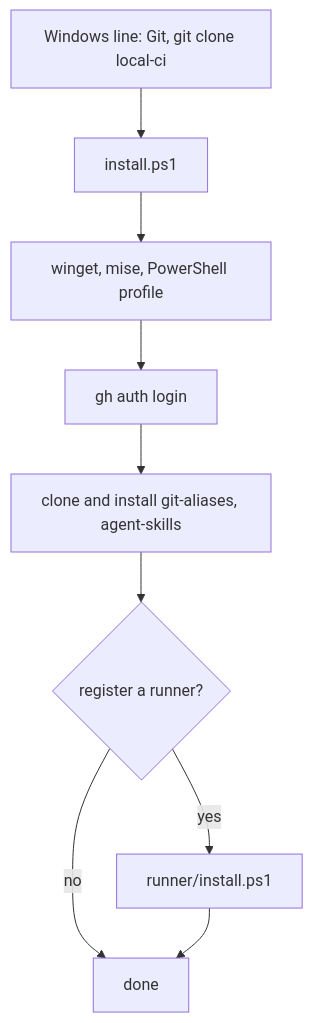
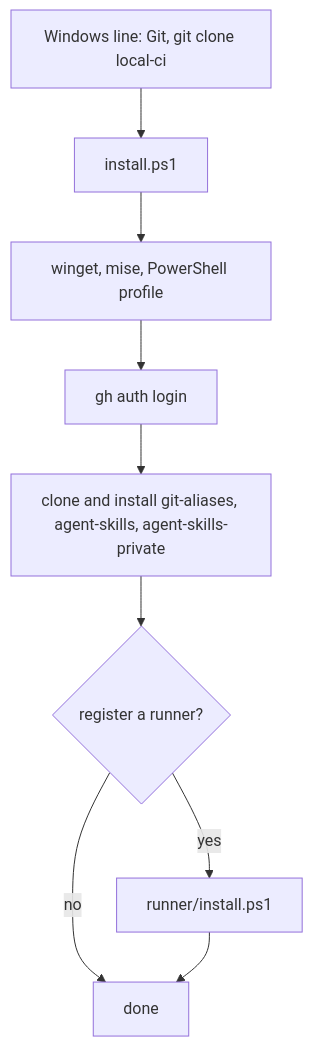
Before and after one commit to workbench-soft/local-ci: the second of 7 diagrams in docs/user-flows.md, drawn with Mermaid. The commit also changed other lines of this file and 5 other files, not shown here.

Commit message:
install: add agent-skills-private for accounts that can read it

````diff
--- a/docs/user-flows.md
+++ b/docs/user-flows.md
@@ -33,11 +33,11 @@
 ```mermaid
 flowchart TD
   A[Windows line: Git, git clone local-ci] --> B[install.ps1]
   B --> C[winget, mise, PowerShell profile]
   C --> D[gh auth login]
-  D --> E[clone and install git-aliases, agent-skills]
+  D --> E[clone and install git-aliases, agent-skills, agent-skills-private]
   E --> F{register a runner?}
   F -- yes --> G[runner/install.ps1]
   F -- no --> H[done]
   G --> H
 ```
````
